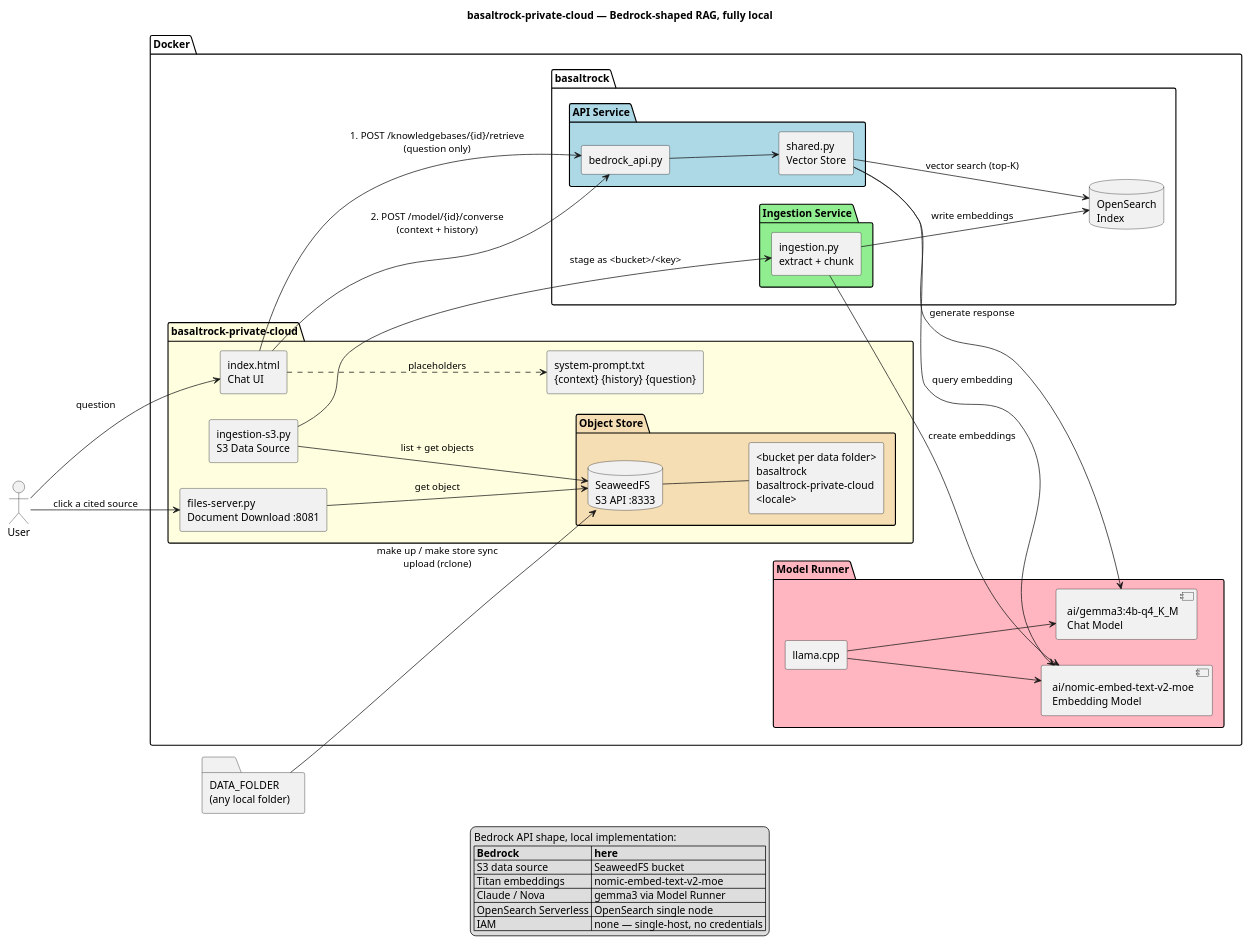
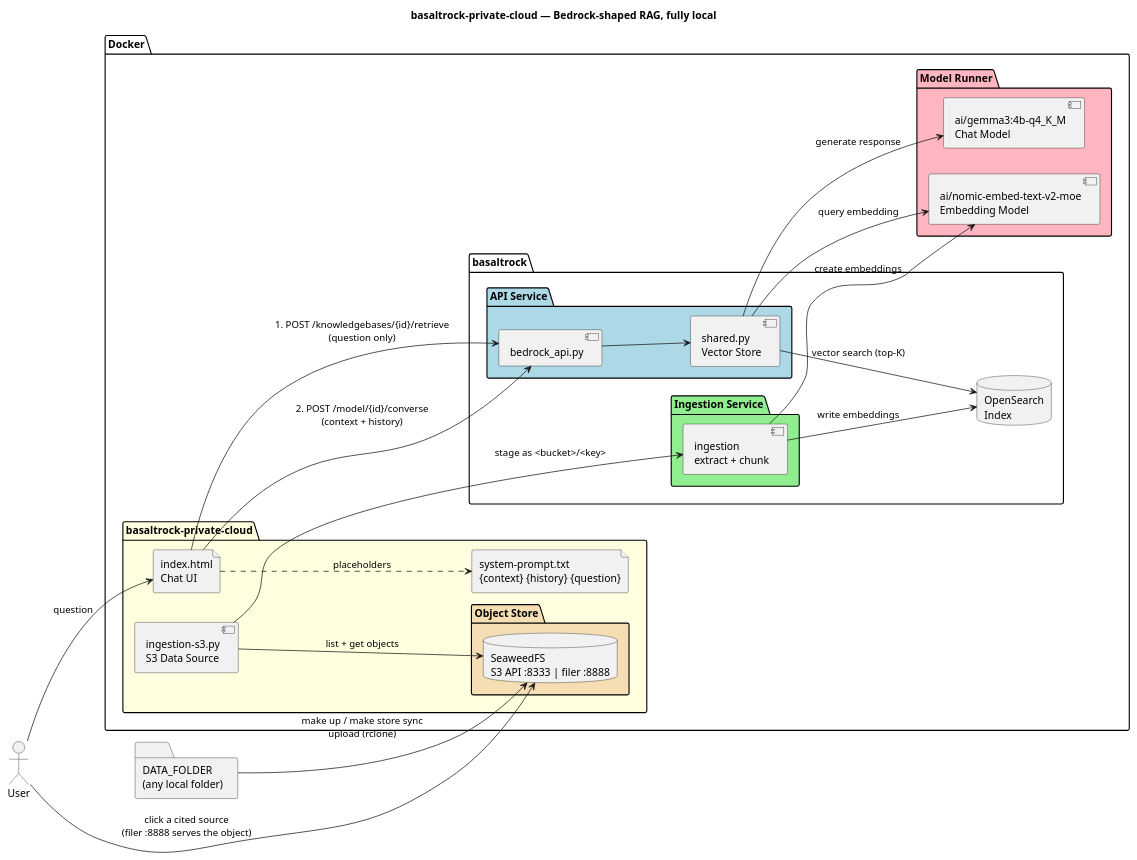
Before and after one commit to bohdanartiushenko/basaltrock-private-cloud: the diagram in docs/private-cloud.puml, drawn with PlantUML. The commit also changed 6 other files, not shown here.

First line of the commit message:
Serve document downloads from the SeaweedFS filer

```diff
--- a/docs/private-cloud.puml
+++ b/docs/private-cloud.puml
@@ -1,82 +1,66 @@
 @startuml
 
 title basaltrock-private-cloud — Bedrock-shaped RAG, fully local
 
 ' ── Actors ──────────────────────────────────────────────
 left to right direction
 
 actor "User" as user
 folder "DATA_FOLDER\n(any local folder)" as userfolder
 user -[hidden]- userfolder
 
 package "Docker" {
 
   package "basaltrock-private-cloud" #LightYellow {
 
     package "Object Store" #Wheat {
-      database "SeaweedFS\nS3 API :8333" as s3
-      rectangle "<bucket per data folder>\nbasaltrock\nbasaltrock-private-cloud\n<locale>" as buckets
-      s3 -- buckets
+      database "SeaweedFS\nS3 API :8333 | filer :8888" as s3
     }
 
-    rectangle "ingestion-s3.py\nS3 Data Source" as s3ingest
-    rectangle "files-server.py\nDocument Download :8081" as files
-    rectangle "index.html\nChat UI" as ui
-    rectangle "system-prompt.txt\n{context} {history} {question}" as prompt
+    component "ingestion-s3.py\nS3 Data Source" as s3ingest
+    file "index.html\nChat UI" as ui
+    file "system-prompt.txt\n{context} {history} {question}" as prompt
   }
 
   package basaltrock {
     package "API Service" #LightBlue {
-      rectangle "bedrock_api.py" as bedrockapi
-      rectangle "shared.py\nVector Store" as shared
+      component "bedrock_api.py" as bedrockapi
+      component "shared.py\nVector Store" as shared
     }
 
     package "Ingestion Service" #LightGreen {
-      rectangle "ingestion.py\nextract + chunk" as ingestion
+      component "ingestion\nextract + chunk" as ingestion
     }
 
     database "OpenSearch\nIndex" as osindex
   }
 
   package "Model Runner" #LightPink {
-    rectangle "llama.cpp" as modelrunner
     component "ai/gemma3:4b-q4_K_M\nChat Model" as chatmodel
     component "ai/nomic-embed-text-v2-moe\nEmbedding Model" as embedmodel
 
-    modelrunner --> chatmodel
-    modelrunner --> embedmodel
   }
 }
 
 ' ── Ingest path ─────────────────────────────────────────
 userfolder --> s3 : make up / make store sync\nupload (rclone)
 s3ingest --> s3 : list + get objects
 s3ingest --> ingestion : stage as <bucket>/<key>
 ingestion --> embedmodel : create embeddings
 ingestion --> osindex : write embeddings
 
 ' ── Query path ──────────────────────────────────────────
 user --> ui : question
 ui --> bedrockapi : 1. POST /knowledgebases/{id}/retrieve\n(question only)
 ui --> bedrockapi : 2. POST /model/{id}/converse\n(context + history)
 ui ..> prompt : placeholders
 bedrockapi --> shared
 shared --> embedmodel : query embedding
 shared --> osindex : vector search (top-K)
 shared --> chatmodel : generate response
 
 ' ── Download path ───────────────────────────────────────
-user --> files : click a cited source
-files --> s3 : get object
+user --> s3 : click a cited source\n(filer :8888 serves the object)
 
-legend bottom
-  Bedrock API shape, local implementation:
-  |= Bedrock |= here |
-  | S3 data source | SeaweedFS bucket |
-  | Titan embeddings | nomic-embed-text-v2-moe |
-  | Claude / Nova | gemma3 via Model Runner |
-  | OpenSearch Serverless | OpenSearch single node |
-  | IAM | none — single-host, no credentials |
-endlegend
 
 @enduml
```
